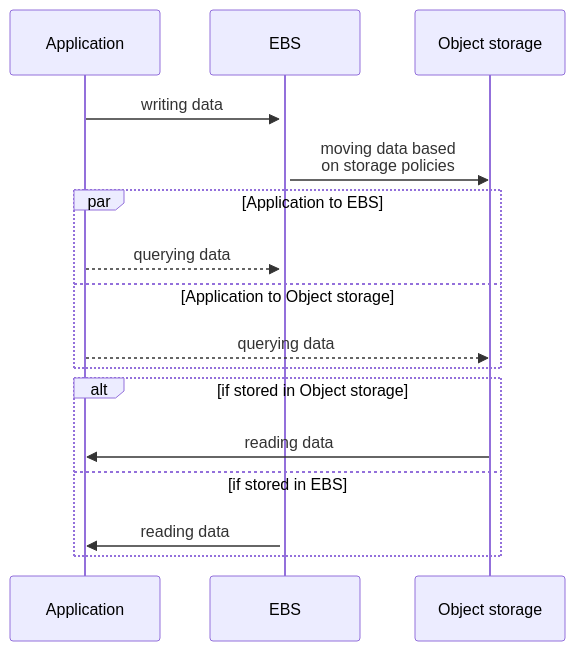
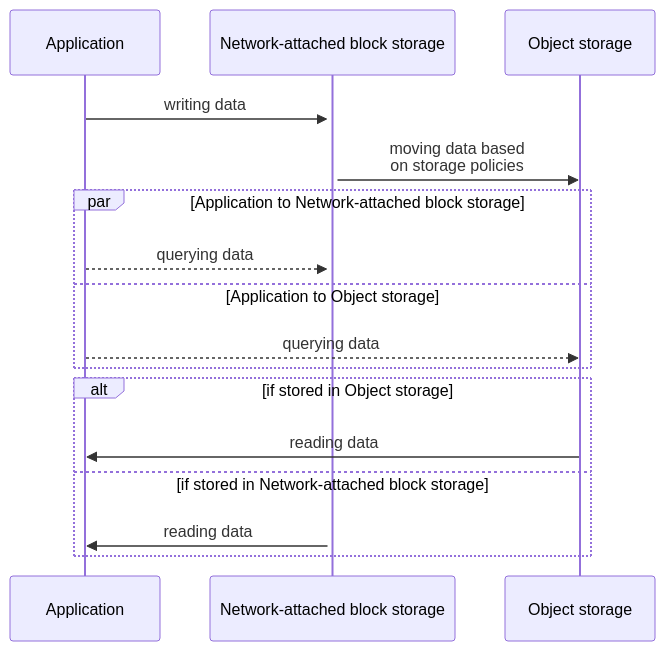
One commit to aiven/aiven-docs changed the diagram in docs/products/clickhouse/concepts/clickhouse-tiered-storage.md. Above: the diagram before and after it, drawn with Mermaid. The commit also changed other lines of this file and 6 other files, not shown here.

````diff
--- a/docs/products/clickhouse/concepts/clickhouse-tiered-storage.md
+++ b/docs/products/clickhouse/concepts/clickhouse-tiered-storage.md
@@ -65,15 +71,15 @@
 ```mermaid
 sequenceDiagram
-        Application->>+EBS: writing data
-        EBS->>Object storage: moving data based <br> on storage policies
-        par Application to EBS
-            Application-->>EBS: querying data
+        Application->>+Network-attached block storage: writing data
+        Network-attached block storage->>Object storage: moving data based <br> on storage policies
+        par Application to Network-attached block storage
+            Application-->>Network-attached block storage: querying data
         and Application to Object storage
             Application-->>Object storage: querying data
         end
         alt if stored in Object storage
             Object storage->>Application: reading data
-        else if stored in EBS
-            EBS->>Application: reading data
+        else if stored in Network-attached block storage
+            Network-attached block storage->>Application: reading data
         end
 ```
````
